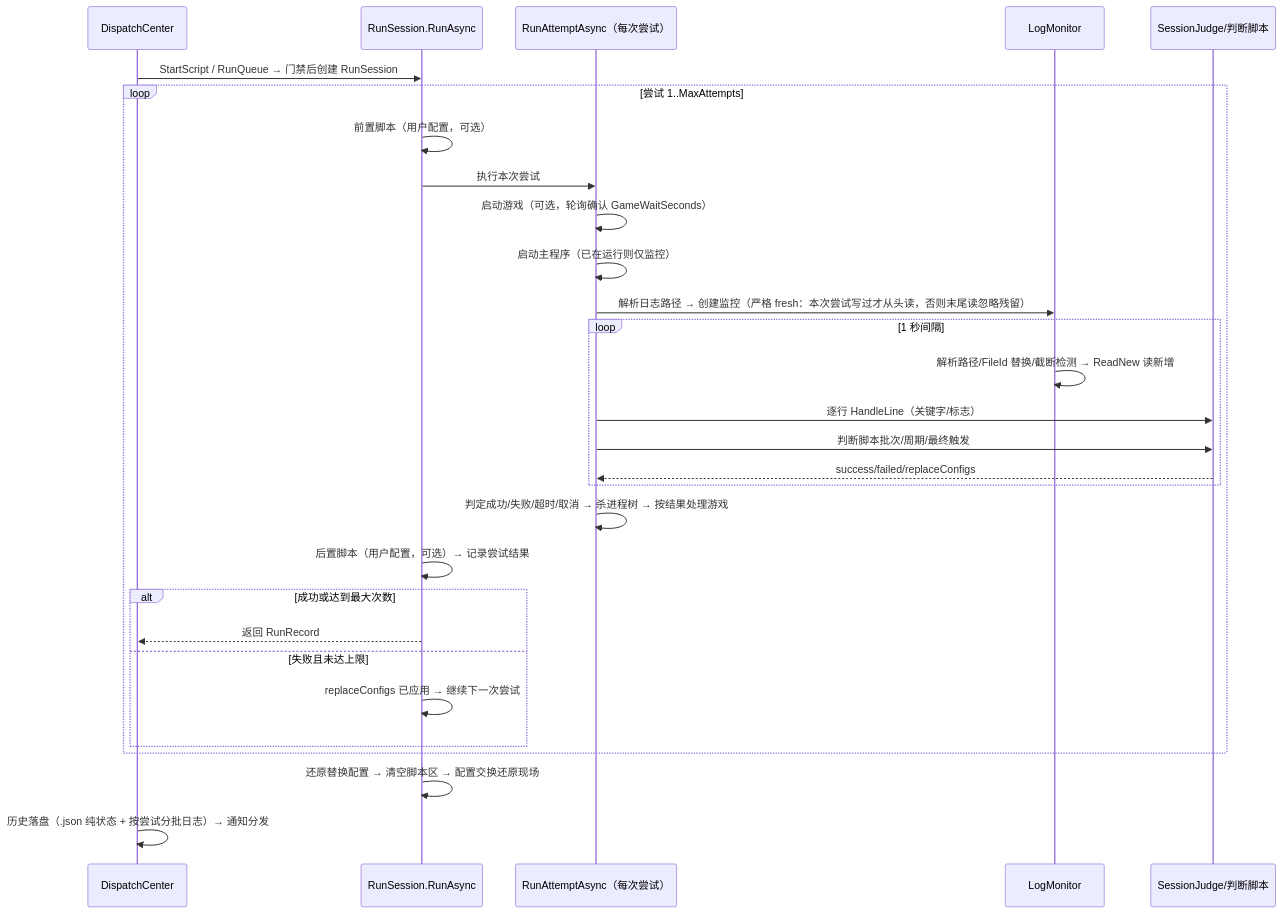
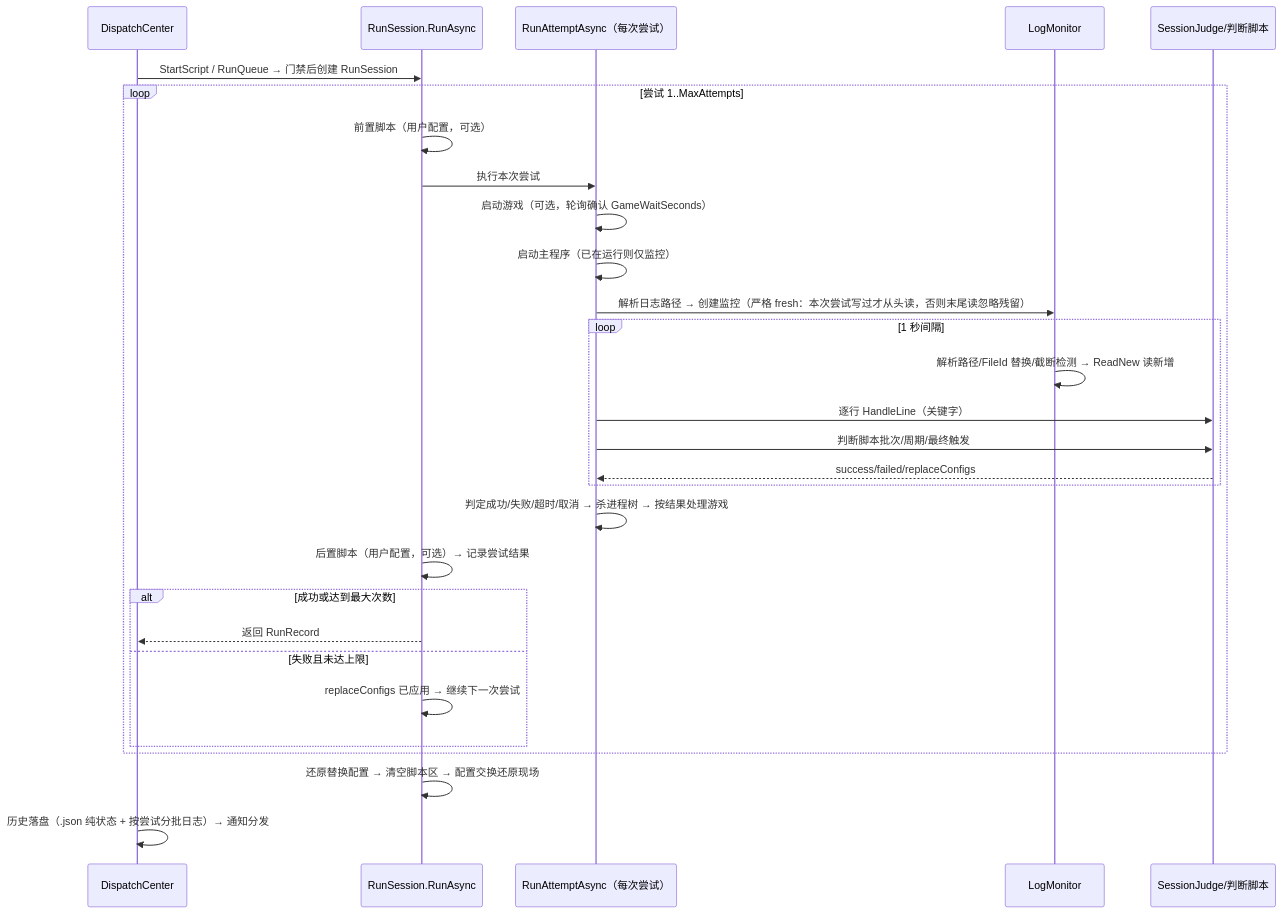
The first of 4 diagrams in docs/DESIGN.md (FlappiBakuse/NexusPipeline), drawn with Mermaid before and after one commit. The commit also changed other lines of this file and 62 other files, not shown here.

````diff
--- a/docs/DESIGN.md
+++ b/docs/DESIGN.md
@@ -53,32 +53,32 @@
 ```mermaid
 sequenceDiagram
     participant DC as DispatchCenter
     participant S as RunSession.RunAsync
     participant A as RunAttemptAsync（每次尝试）
     participant M as LogMonitor
     participant J as SessionJudge/判断脚本
 
     DC->>S: StartScript / RunQueue → 门禁后创建 RunSession
     loop 尝试 1..MaxAttempts
         S->>S: 前置脚本（用户配置，可选）
         S->>A: 执行本次尝试
         A->>A: 启动游戏（可选，轮询确认 GameWaitSeconds）
         A->>A: 启动主程序（已在运行则仅监控）
         A->>M: 解析日志路径 → 创建监控（严格 fresh：本次尝试写过才从头读，否则末尾读忽略残留）
         loop 1 秒间隔
             M->>M: 解析路径/FileId 替换/截断检测 → ReadNew 读新增
-            A->>J: 逐行 HandleLine（关键字/标志）
+            A->>J: 逐行 HandleLine（关键字）
             A->>J: 判断脚本批次/周期/最终触发
             J-->>A: success/failed/replaceConfigs
         end
         A->>A: 判定成功/失败/超时/取消 → 杀进程树 → 按结果处理游戏
         S->>S: 后置脚本（用户配置，可选）→ 记录尝试结果
         alt 成功或达到最大次数
             S-->>DC: 返回 RunRecord
         else 失败且未达上限
             S->>S: replaceConfigs 已应用 → 继续下一次尝试
         end
     end
     S->>S: 还原替换配置 → 清空脚本区 → 配置交换还原现场
     DC->>DC: 历史落盘（.json 纯状态 + 按尝试分批日志）→ 通知分发
 ```
````
